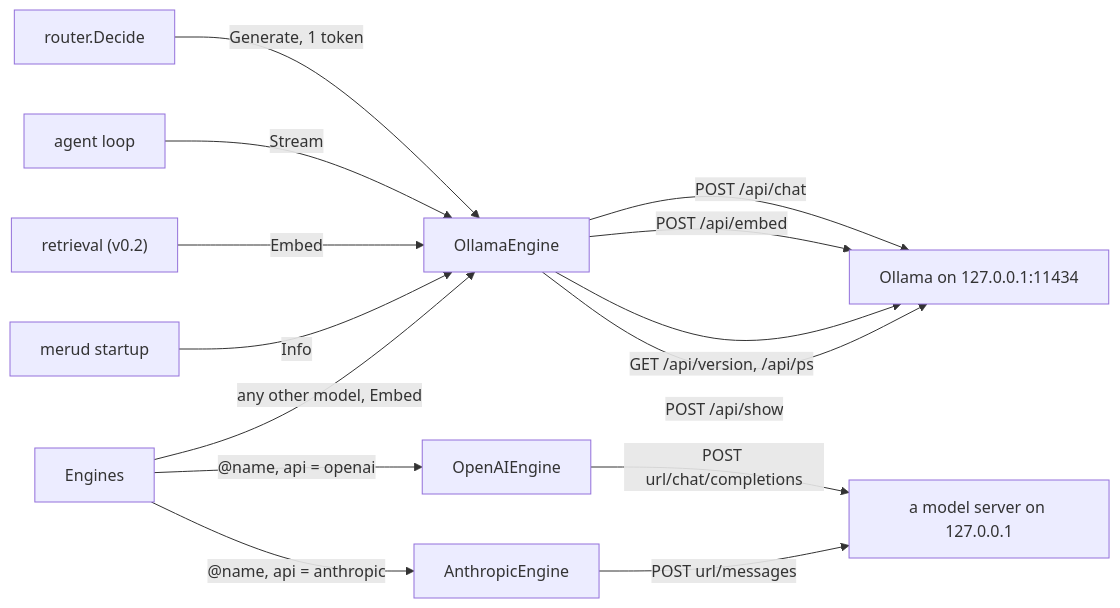
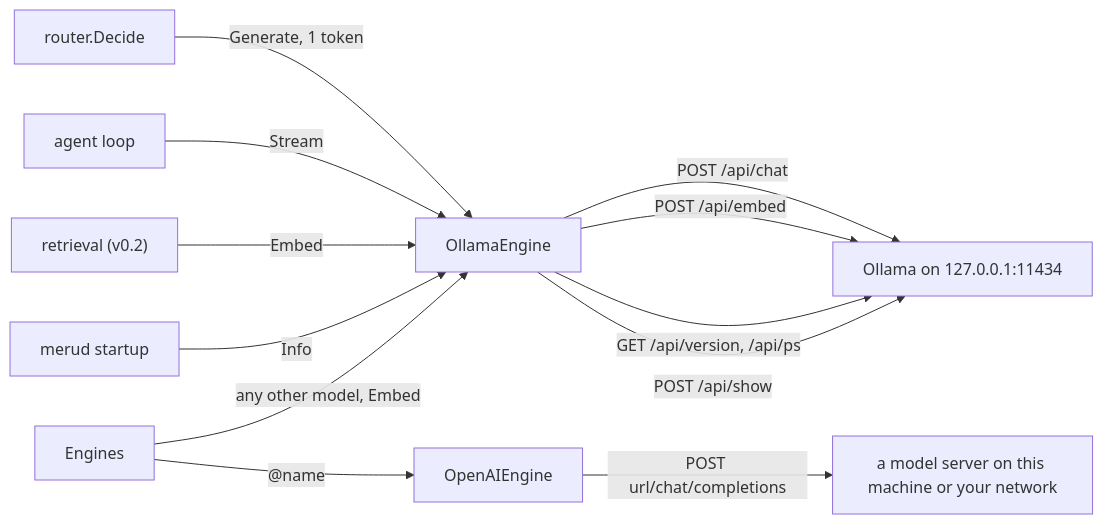
The diagram in docs/coding-notes/engine.md (aarora79/meru), drawn with Mermaid before and after one commit. The commit also changed other lines of this file and 61 other files, not shown here.

First line of the commit message:
Keep answer endpoints on this machine or your own network

````diff
--- a/docs/coding-notes/engine.md
+++ b/docs/coding-notes/engine.md
@@ -28,16 +29,14 @@
 ```mermaid
 flowchart LR
     router["router.Decide"] -->|Generate, 1 token| E
     agent["agent loop"] -->|Stream| E
     retrieval["retrieval (v0.2)"] -->|Embed| E
     merud["merud startup"] -->|Info| E
     E["OllamaEngine"] -->|POST /api/chat| O["Ollama on 127.0.0.1:11434"]
     E -->|POST /api/embed| O
     E -->|GET /api/version, /api/ps| O
     E -->|POST /api/show| O
     EN["Engines"] -->|any other model, Embed| E
-    EN -->|"@name, api = openai"| OA["OpenAIEngine"]
-    EN -->|"@name, api = anthropic"| AN["AnthropicEngine"]
-    OA -->|POST url/chat/completions| S["a model server on 127.0.0.1"]
-    AN -->|POST url/messages| S
+    EN -->|"@name"| OA["OpenAIEngine"]
+    OA -->|POST url/chat/completions| S["a model server on this machine or your network"]
 ```
````
